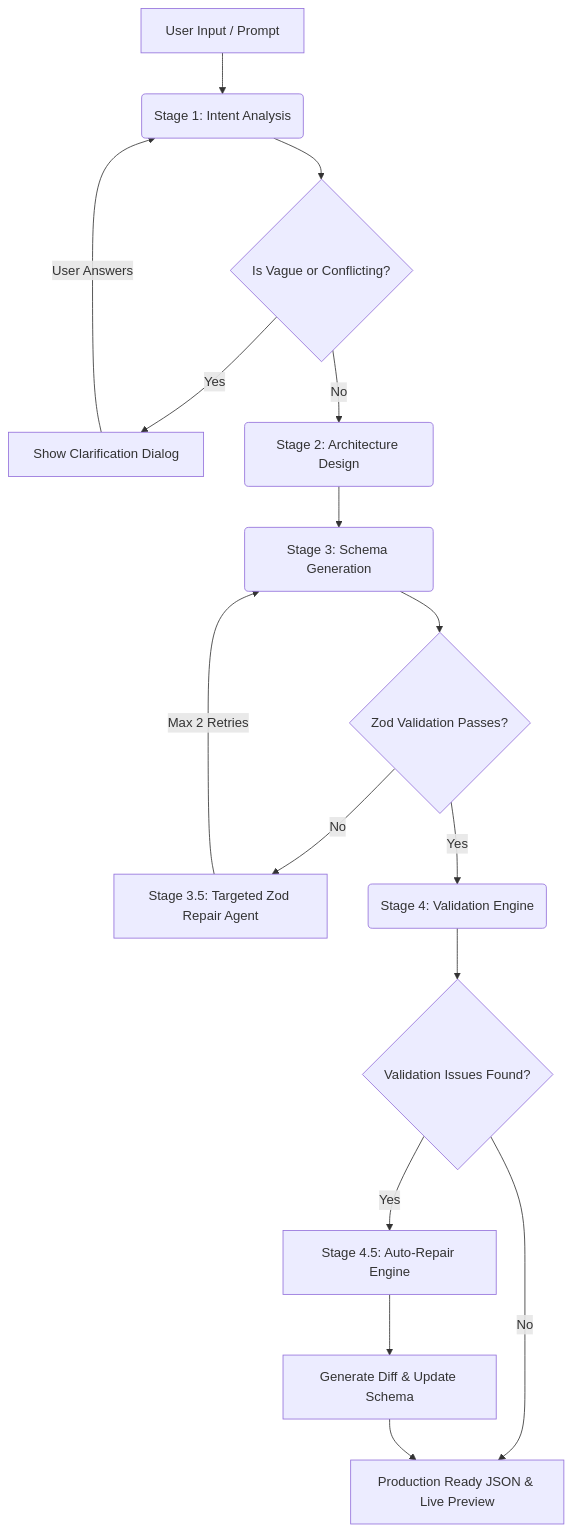
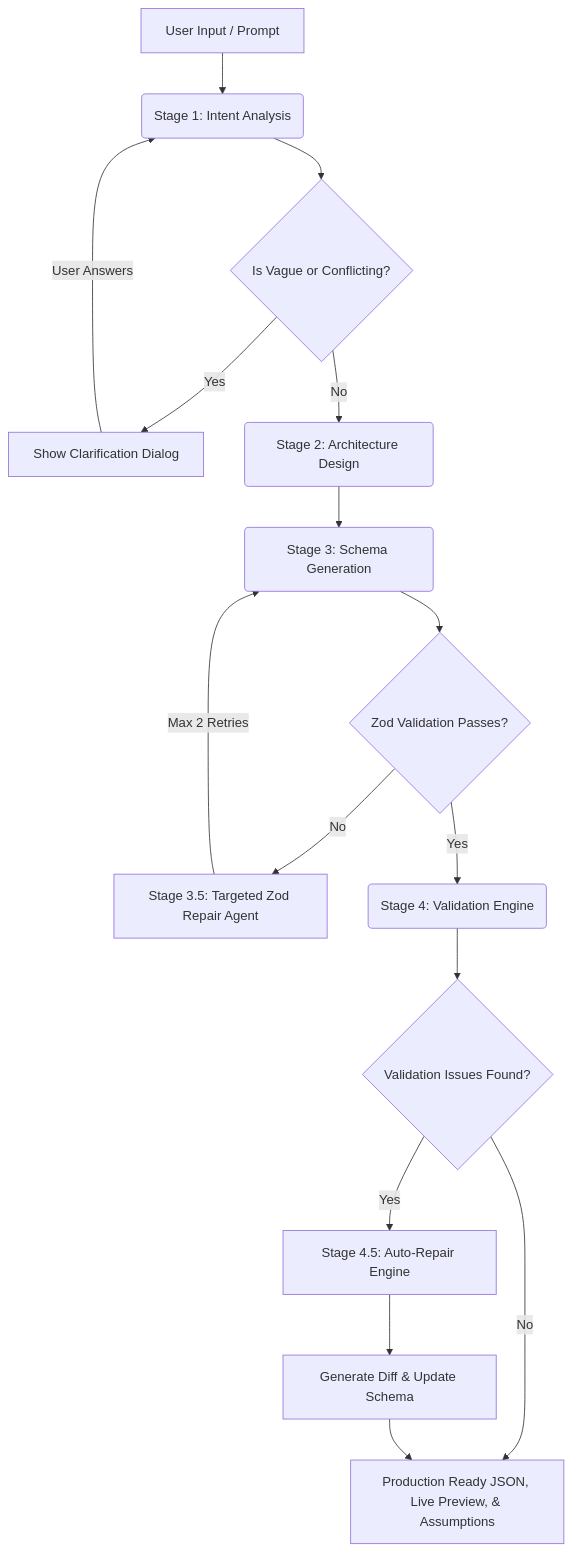
One commit to rehanhub-06/genesis changed the diagram in README.md. Above: the diagram before and after it, drawn with Mermaid. The commit also changed other lines of this file and 2 other files, not shown here.

Commit message:
new Assumptions View Feature

````diff
--- a/README.md
+++ b/README.md
@@ -28,18 +28,18 @@
 ```mermaid
 graph TD
     A[User Input / Prompt] --> B(Stage 1: Intent Analysis)
     B --> C{Is Vague or Conflicting?}
     C -- Yes --> D[Show Clarification Dialog]
     D --> |User Answers| B
     C -- No --> E(Stage 2: Architecture Design)
     E --> F(Stage 3: Schema Generation)
     F --> G{Zod Validation Passes?}
     G -- No --> H[Stage 3.5: Targeted Zod Repair Agent]
     H --> |Max 2 Retries| F
     G -- Yes --> I(Stage 4: Validation Engine)
     I --> J{Validation Issues Found?}
     J -- Yes --> K[Stage 4.5: Auto-Repair Engine]
     K --> L[Generate Diff & Update Schema]
-    J -- No --> M[Production Ready JSON & Live Preview]
+    J -- No --> M[Production Ready JSON, Live Preview, & Assumptions]
     L --> M
 ```
````
